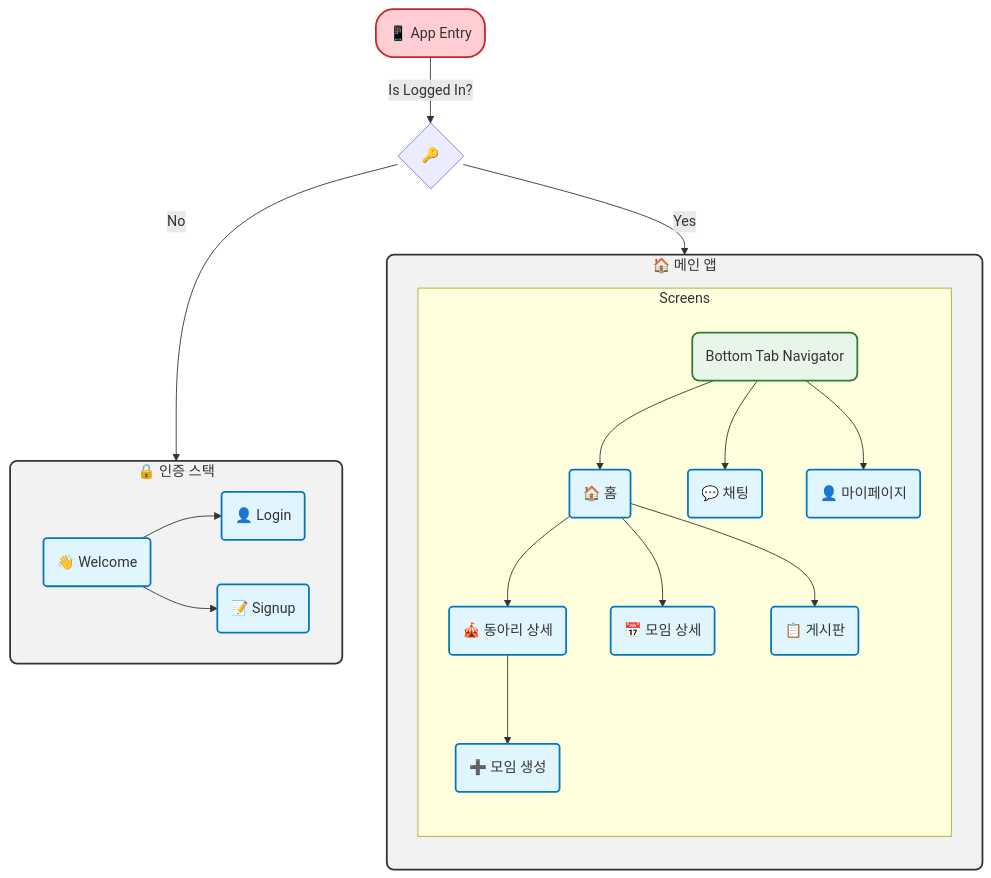
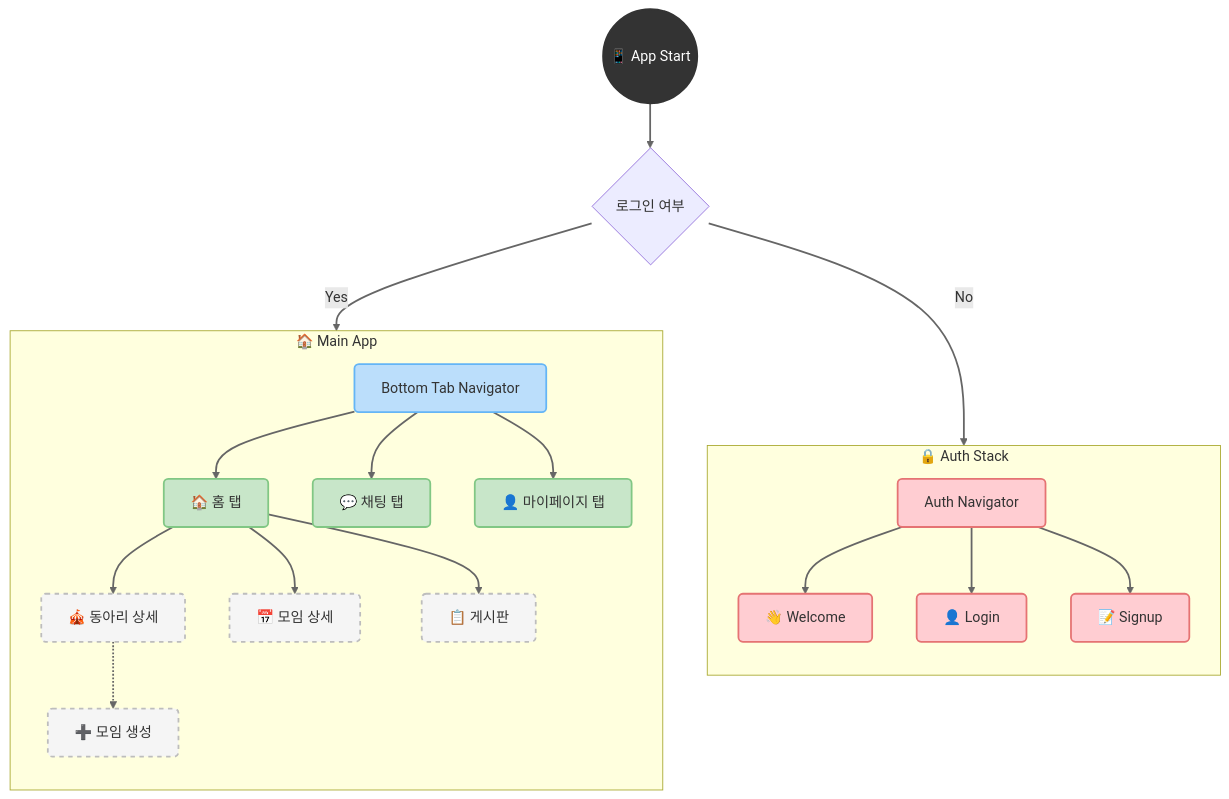
The diagram in README.md (wjdgkr3386/neighbusapp), drawn with Mermaid before and after one commit. The commit also changed other lines of this file, not shown here.

Commit message:
수정
수정

````diff
--- a/README.md
+++ b/README.md
@@ -149,45 +147,47 @@
 ```mermaid
 graph TD
-    %% Define Styles
-    classDef stack fill:#f2f2f2,stroke:#333,stroke-width:2px,rx:8,ry:8;
-    classDef screen fill:#e1f5fe,stroke:#0277bd,stroke-width:2px,rx:4,ry:4;
-    classDef entry fill:#ffcdd2,stroke:#c62828,stroke-width:2px,rx:20,ry:20;
-    classDef tabs fill:#e8f5e9,stroke:#2e7d32,stroke-width:2px,rx:8,ry:8;
+    %% 스타일 정의 (파스텔 톤)
+    classDef entry fill:#333,stroke:#333,stroke-width:2px,color:#fff,rx:10,ry:10;
+    classDef auth fill:#ffcdd2,stroke:#e57373,stroke-width:2px,color:#333,rx:5,ry:5;
+    classDef main fill:#bbdefb,stroke:#64b5f6,stroke-width:2px,color:#333,rx:5,ry:5;
+    classDef tab fill:#c8e6c9,stroke:#81c784,stroke-width:2px,color:#333,rx:5,ry:5;
+    classDef sub fill:#f5f5f5,stroke:#bdbdbd,stroke-width:2px,color:#333,rx:5,ry:5,stroke-dasharray: 5 5;
 
-    %% Entry Point
-    Start("📱 App Entry") -->|Is Logged In?| IsLoggedIn{"🔑"};
-    class Start entry;
+    %% 시작점
+    Start((📱 App Start)):::entry
+    
+    %% 로그인 체크
+    Start --> Check{로그인 여부}
+    
+    Check -- No --> AuthStack
+    Check -- Yes --> MainTab
 
-    IsLoggedIn -- No --> AuthStack;
-    IsLoggedIn -- Yes --> MainStack;
-
-    %% Auth Flow
-    subgraph AuthStack [🔒 인증 스택]
-        direction LR
-        Welcome("👋 Welcome") --> Login("👤 Login");
-        Welcome --> Signup("📝 Signup");
+    %% Auth Stack
+    subgraph Auth_Flow [🔒 Auth Stack]
+        direction TB
+        AuthStack[Auth Navigator]:::auth
+        AuthStack --> Welcome[👋 Welcome]:::auth
+        AuthStack --> Login[👤 Login]:::auth
+        AuthStack --> Signup[📝 Signup]:::auth
     end
 
-    %% Main App Flow
-    subgraph MainStack [🏠 메인 앱]
-        direction TD
-        TabNav("Bottom Tab Navigator");
+    %% Main Tab
+    subgraph Main_Flow [🏠 Main App]
+        direction TB
+        MainTab[Bottom Tab Navigator]:::main
         
-        subgraph Screens
-            direction TB
-            TabNav --> Home("🏠 홈");
-            TabNav --> Chat("💬 채팅");
-            TabNav --> MyPage("👤 마이페이지");
+        %% 탭 연결
+        MainTab --> HomeTap[🏠 홈 탭]:::tab
+        MainTab --> ChatTab[💬 채팅 탭]:::tab
+        MainTab --> MyTab[👤 마이페이지 탭]:::tab
 
-            Home --> ClubDetail("🎪 동아리 상세");
-            Home --> MeetingDetail("📅 모임 상세");
-            Home --> FreeBoard("📋 게시판");
-            ClubDetail --> CreateMeeting("➕ 모임 생성");
-        end
+        %% 홈 탭 상세
+        HomeTap --> ClubDetail[🎪 동아리 상세]:::sub
+        HomeTap --> MeetingDetail[📅 모임 상세]:::sub
+        HomeTap --> FreeBoard[📋 게시판]:::sub
+        ClubDetail -.-> CreateMeeting[➕ 모임 생성]:::sub
     end
 
-    %% Apply styles
-    class AuthStack,MainStack stack;
-    class Welcome,Login,Signup,Home,Chat,MyPage,ClubDetail,MeetingDetail,FreeBoard,CreateMeeting screen;
-    class TabNav tabs;
+    %% 연결선 스타일
+    linkStyle default stroke:#666,stroke-width:2px;
 ```
````
